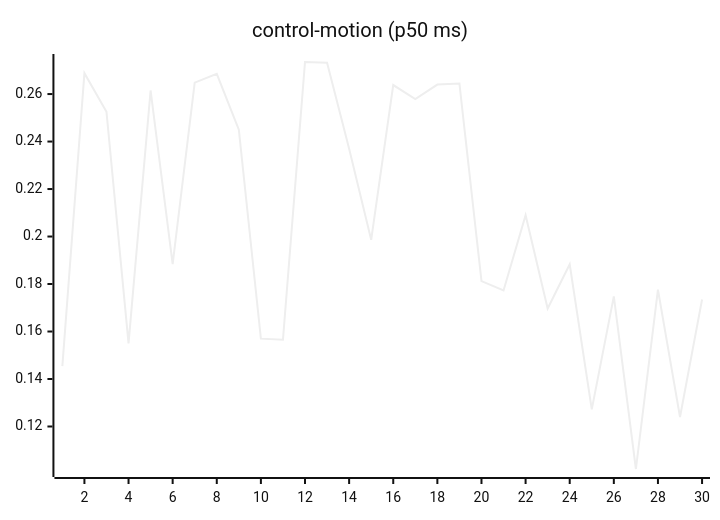
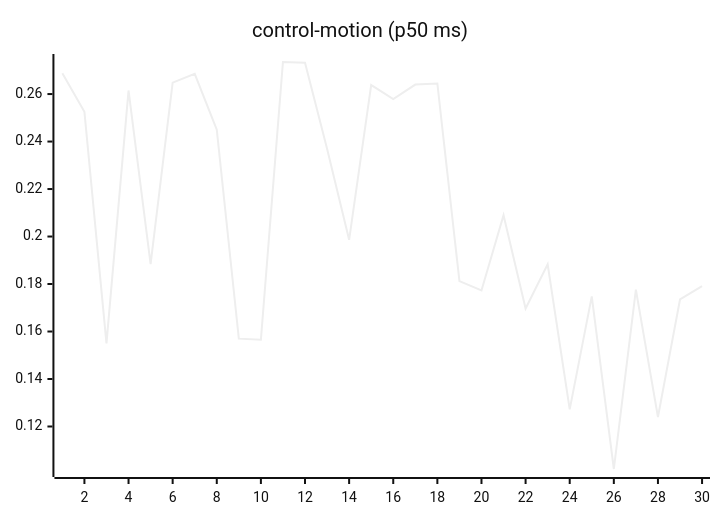
The seventh of 27 diagrams in README.md (josha/Facet), drawn with Mermaid (neutral theme) before and after one commit. The commit also changed other lines of this file and 2 other files, not shown here.

````diff
--- a/README.md
+++ b/README.md
@@ -105,6 +105,6 @@
 ```mermaid
 xychart-beta
     title "control-motion (p50 ms)"
     x-axis 1 --> 30
-    line [0.1454, 0.2688, 0.2525, 0.1550, 0.2615, 0.1884, 0.2648, 0.2685, 0.2450, 0.1570, 0.1565, 0.2735, 0.2732, 0.2370, 0.1986, 0.2638, 0.2579, 0.2640, 0.2644, 0.1812, 0.1773, 0.2090, 0.1697, 0.1883, 0.1272, 0.1748, 0.1021, 0.1776, 0.1240, 0.1735]
+    line [0.2688, 0.2525, 0.1550, 0.2615, 0.1884, 0.2648, 0.2685, 0.2450, 0.1570, 0.1565, 0.2735, 0.2732, 0.2370, 0.1986, 0.2638, 0.2579, 0.2640, 0.2644, 0.1812, 0.1773, 0.2090, 0.1697, 0.1883, 0.1272, 0.1748, 0.1021, 0.1776, 0.1240, 0.1735, 0.1791]
 ```
````
